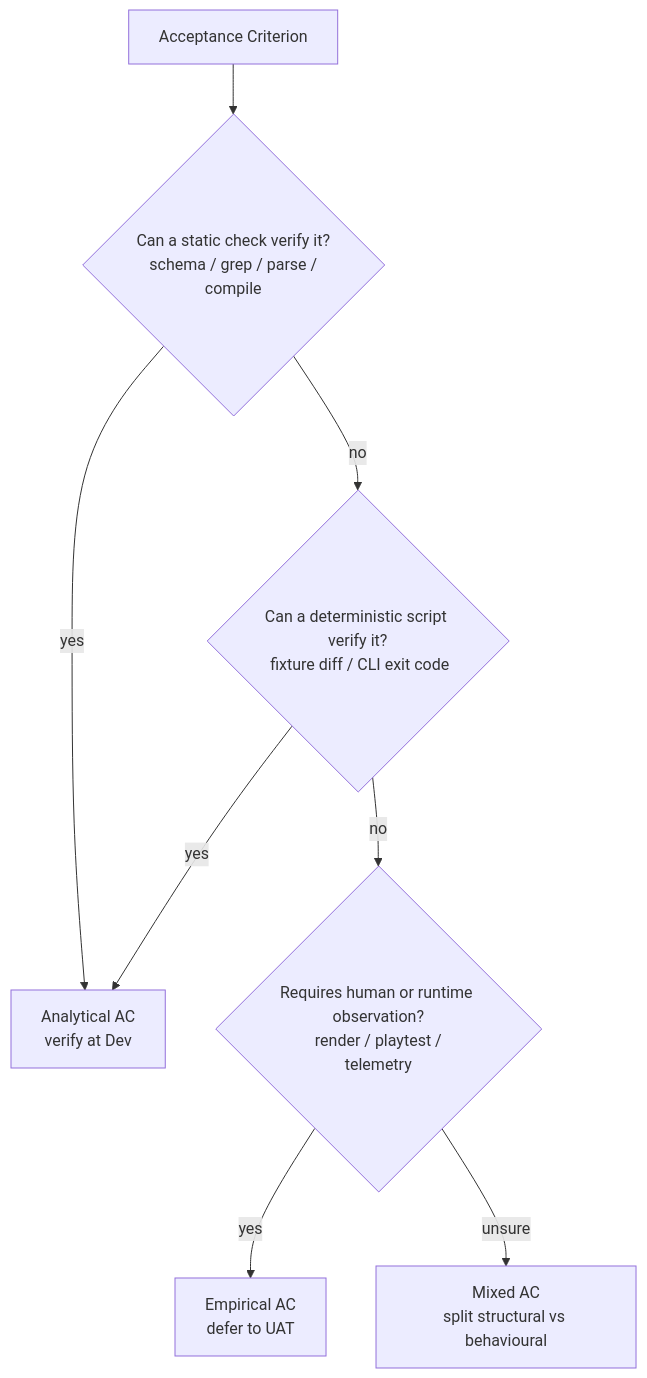
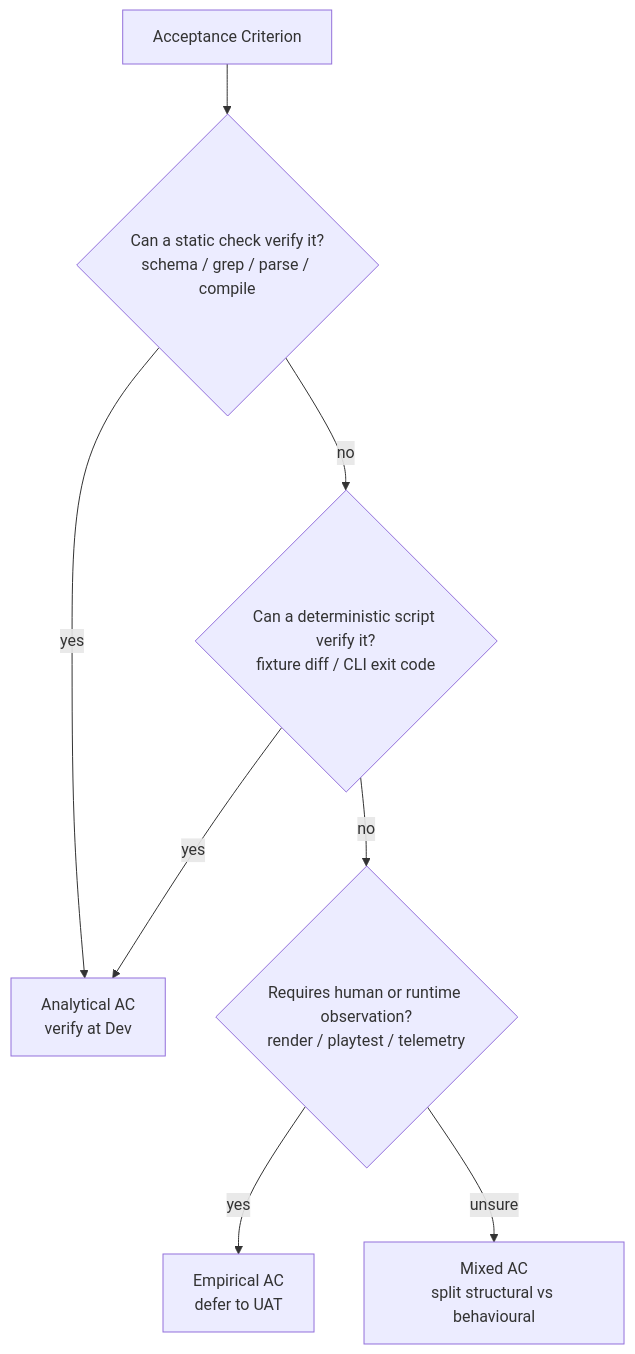
The first of 2 diagrams in delivery-team/architecture/empirical-lifecycle.md (P47Phoenix/Claude-Plugins), drawn with Mermaid before and after one commit. The commit also changed 5 other files, not shown here.

First line of the commit message:
fix(docs): Mermaid diagram syntax errors — \\n in labels + classDiagram type keywords (DEFECT-005)

````diff
--- a/delivery-team/architecture/empirical-lifecycle.md
+++ b/delivery-team/architecture/empirical-lifecycle.md
@@ -48,10 +48,10 @@
 ```mermaid
 flowchart TD
-    AC[Acceptance Criterion] --> Q1{Can a static check verify it?\n schema / grep / parse / compile}
-    Q1 -- yes --> ANALYTICAL[Analytical AC\nverify at Dev]
-    Q1 -- no --> Q2{Can a deterministic script verify it?\n fixture diff / CLI exit code}
+    AC[Acceptance Criterion] --> Q1{Can a static check verify it?<br/>schema / grep / parse / compile}
+    Q1 -- yes --> ANALYTICAL[Analytical AC<br/>verify at Dev]
+    Q1 -- no --> Q2{Can a deterministic script verify it?<br/>fixture diff / CLI exit code}
     Q2 -- yes --> ANALYTICAL
-    Q2 -- no --> Q3{Requires human or runtime observation?\n render / playtest / telemetry}
-    Q3 -- yes --> EMPIRICAL[Empirical AC\ndefer to UAT]
-    Q3 -- unsure --> MIXED[Mixed AC\nsplit structural vs behavioural]
+    Q2 -- no --> Q3{Requires human or runtime observation?<br/>render / playtest / telemetry}
+    Q3 -- yes --> EMPIRICAL[Empirical AC<br/>defer to UAT]
+    Q3 -- unsure --> MIXED[Mixed AC<br/>split structural vs behavioural]
 ```
````
